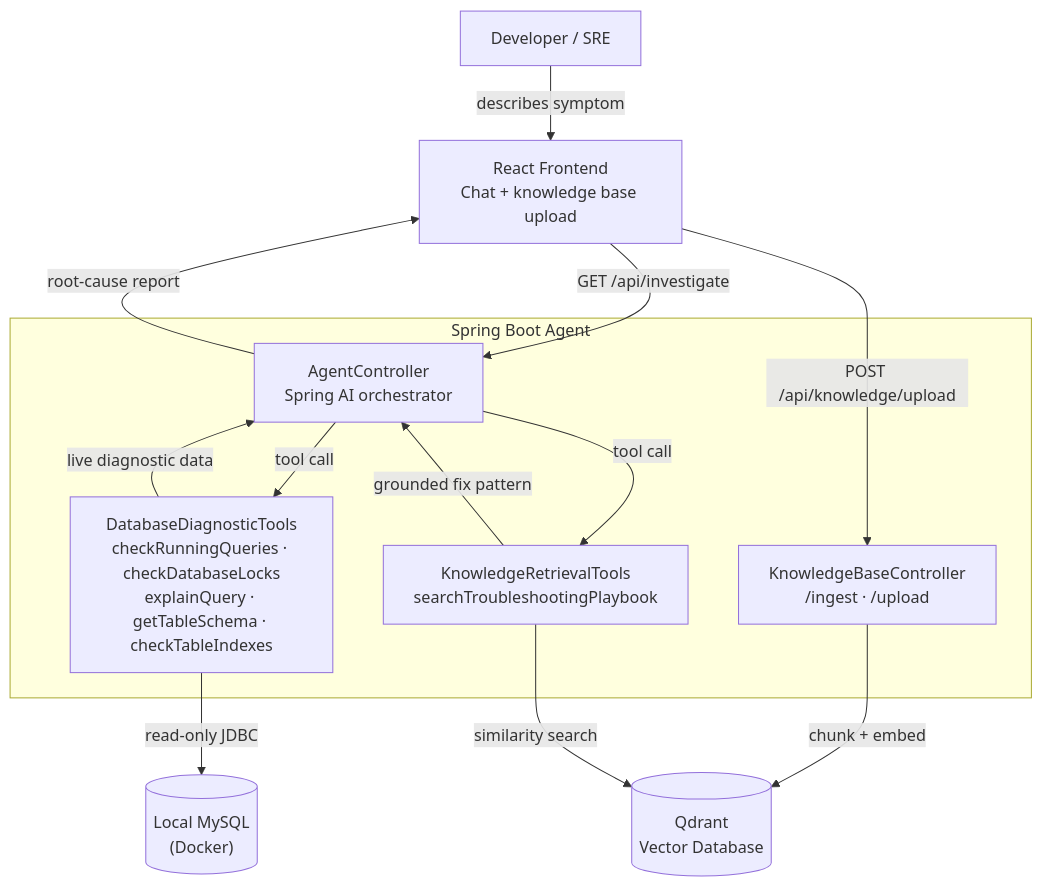
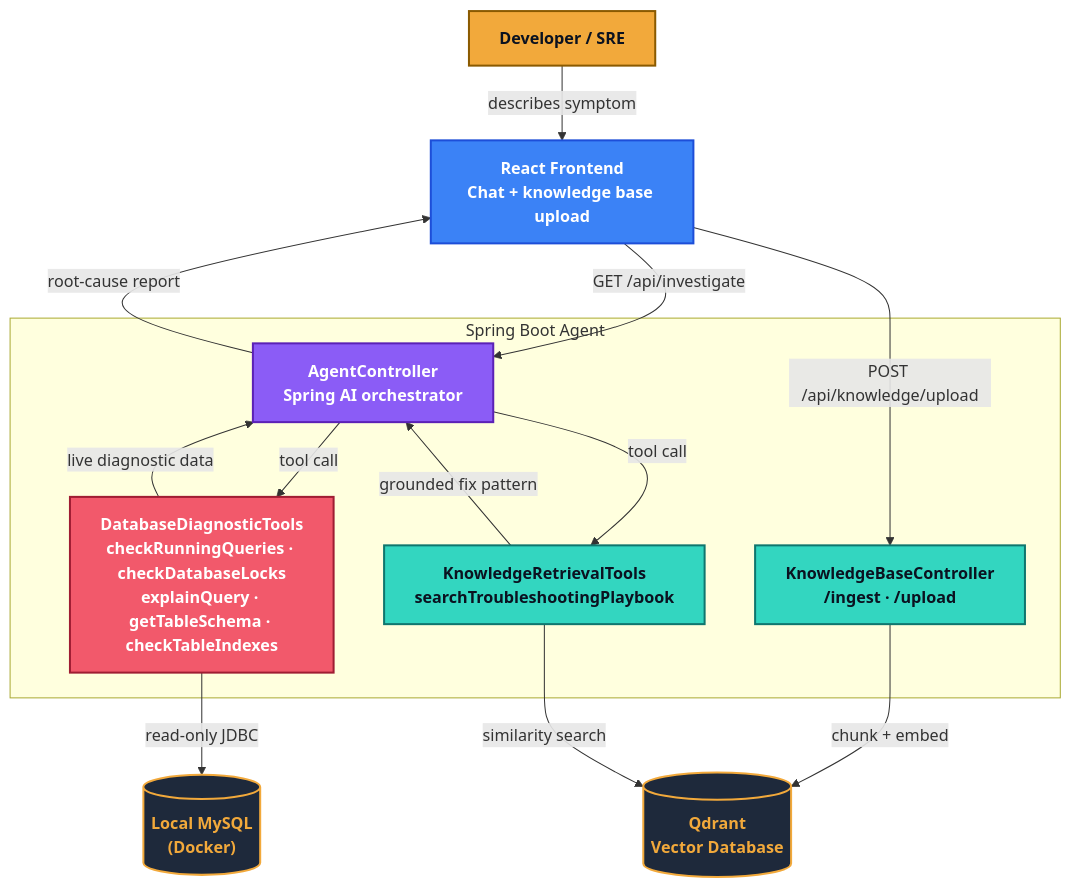
The diagram in Readme.md (Prathamesh-2005/AI-SRE-Assistant), drawn with Mermaid before and after one commit.

Commit message:
feat:Readme.md added

````diff
--- a/Readme.md
+++ b/Readme.md
@@ -27,30 +27,44 @@
 ```mermaid
 flowchart TB
     User["Developer / SRE"]
     FE["React Frontend<br/>Chat + knowledge base upload"]
 
     subgraph Backend["Spring Boot Agent"]
         AC["AgentController<br/>Spring AI orchestrator"]
         DT["DatabaseDiagnosticTools<br/>checkRunningQueries · checkDatabaseLocks<br/>explainQuery · getTableSchema · checkTableIndexes"]
         KT["KnowledgeRetrievalTools<br/>searchTroubleshootingPlaybook"]
         KC["KnowledgeBaseController<br/>/ingest · /upload"]
     end
 
     MySQL[("Local MySQL<br/>(Docker)")]
     Qdrant[("Qdrant<br/>Vector Database")]
 
     User -->|"describes symptom"| FE
     FE -->|"GET /api/investigate"| AC
     FE -->|"POST /api/knowledge/upload"| KC
 
     AC -->|"tool call"| DT
     AC -->|"tool call"| KT
     KC -->|"chunk + embed"| Qdrant
 
     DT -->|"read-only JDBC"| MySQL
     KT -->|"similarity search"| Qdrant
 
     DT -->|"live diagnostic data"| AC
     KT -->|"grounded fix pattern"| AC
     AC -->|"root-cause report"| FE
+
+    classDef userStyle fill:#F2A93B,stroke:#8A5A00,stroke-width:2px,color:#0B1220,font-weight:bold
+    classDef feStyle fill:#3B82F6,stroke:#1D4ED8,stroke-width:2px,color:#FFFFFF,font-weight:bold
+    classDef orchStyle fill:#8B5CF6,stroke:#5B21B6,stroke-width:2px,color:#FFFFFF,font-weight:bold
+    classDef toolStyle fill:#F2596B,stroke:#9F1D33,stroke-width:2px,color:#FFFFFF,font-weight:bold
+    classDef kbToolStyle fill:#33D6C0,stroke:#0F766E,stroke-width:2px,color:#0B1220,font-weight:bold
+    classDef dataStyle fill:#1E293B,stroke:#F2A93B,stroke-width:2px,color:#F2A93B,font-weight:bold
+
+    class User userStyle
+    class FE feStyle
+    class AC orchStyle
+    class DT toolStyle
+    class KT,KC kbToolStyle
+    class MySQL,Qdrant dataStyle
 ```
````
